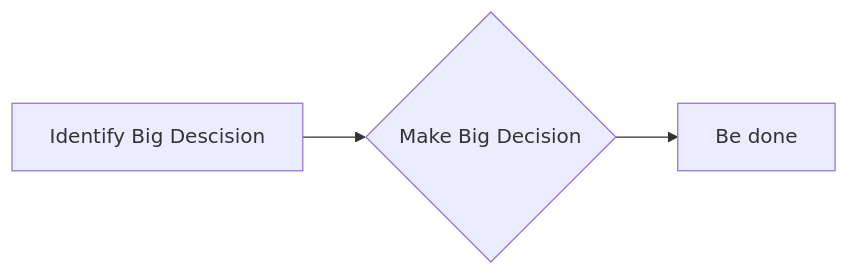
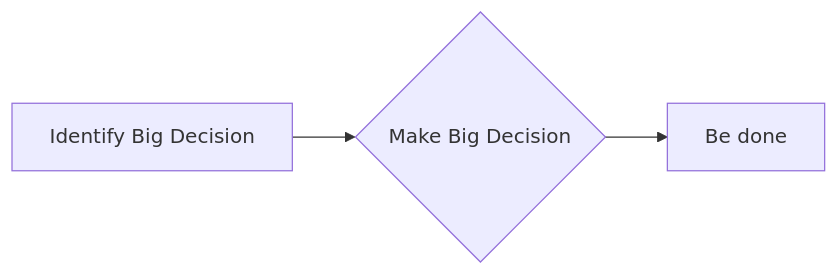
One commit to mermaid-js/mermaid changed the second of 11 diagrams in docs/config/accessibility.md. Above: the diagram before and after it, drawn with Mermaid. The commit also changed other lines of this file and 32 other files, not shown here.

````diff
--- a/docs/config/accessibility.md
+++ b/docs/config/accessibility.md
@@ -144,11 +144,11 @@
 ```mermaid
   graph LR
       accTitle: Bob's Burger's Making Big Decisions
       accDescr {
         The official Bob's Burgers corporate processes that are used
         for making very, very big decisions.
         This is actually a very simple flow: identify the big decision and then make the big decision.
          }
-      A[Identify Big Descision] --> B{Make Big Decision}
+      A[Identify Big Decision] --> B{Make Big Decision}
       B --> D[Be done]
 ```
````
